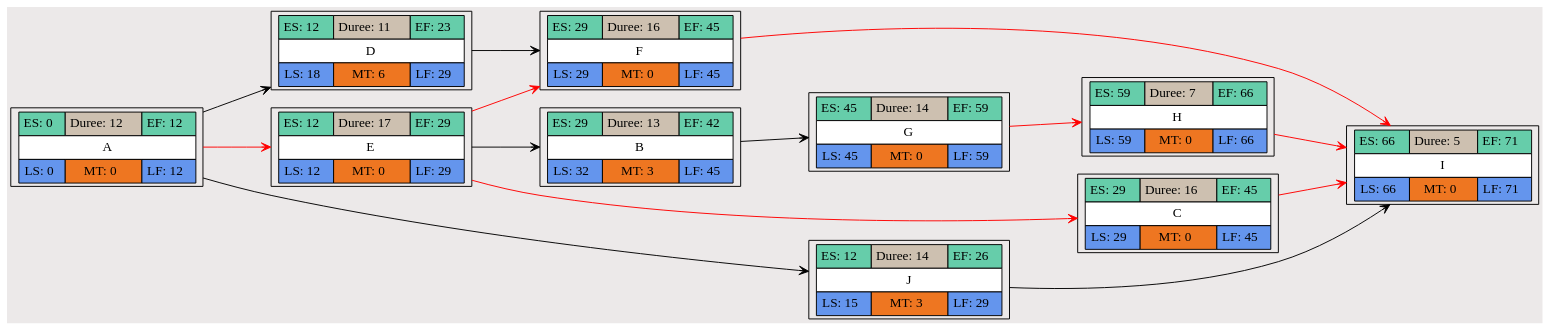
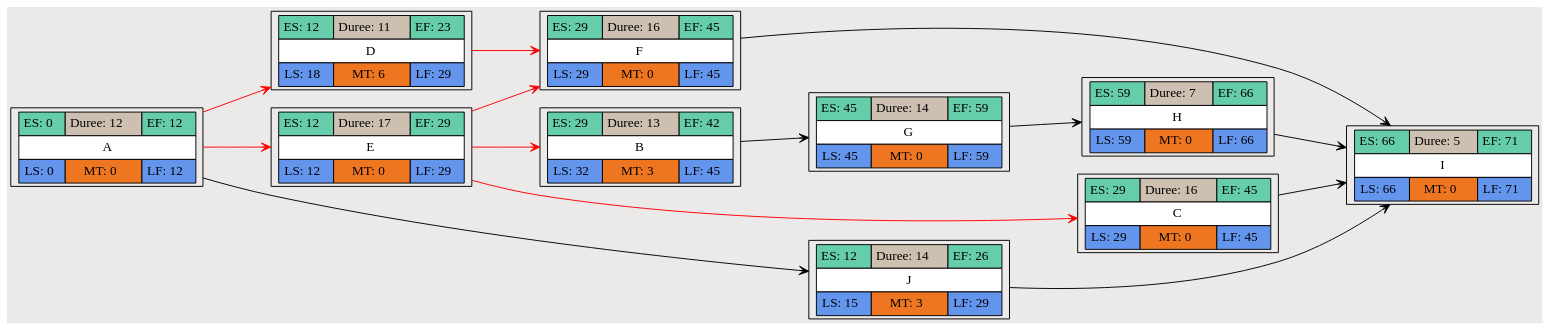
Before and after one commit to Akouzeha/PertFinder: the diagram in public/charts/test_diagram.dot, drawn with Graphviz. The commit also changed 20 other files, not shown here.

```diff
--- a/public/charts/test_diagram.dot
+++ b/public/charts/test_diagram.dot
@@ -1,80 +1,80 @@
 digraph PERT {
   rankdir=LR;
   ranksep=1;
   node [shape=record];
   edge [arrowhead=vee];
   bgcolor="#ECE9E9";
   64 [label=<<TABLE BORDER='0' CELLBORDER='1' CELLSPACING='0' CELLPADDING='4'>
         <TR><TD BGCOLOR= 'aquamarine3'>ES: 0</TD><TD BGCOLOR= 'antiquewhite3'>Duree: 12</TD><TD BGCOLOR= 'aquamarine3'>EF: 12</TD></TR>
         <TR><TD BGCOLOR= 'white' COLSPAN='3'>A</TD></TR>
         <TR><TD BGCOLOR= 'cornflowerblue'>LS: 0</TD><TD BGCOLOR= 'chocolate2'>MT: 0</TD><TD BGCOLOR= 'cornflowerblue'>LF: 12</TD></TR>
         
         </TABLE>>]
   65 [label=<<TABLE BORDER='0' CELLBORDER='1' CELLSPACING='0' CELLPADDING='4'>
         <TR><TD BGCOLOR= 'aquamarine3'>ES: 29</TD><TD BGCOLOR= 'antiquewhite3'>Duree: 13</TD><TD BGCOLOR= 'aquamarine3'>EF: 42</TD></TR>
         <TR><TD BGCOLOR= 'white' COLSPAN='3'>B</TD></TR>
         <TR><TD BGCOLOR= 'cornflowerblue'>LS: 32</TD><TD BGCOLOR= 'chocolate2'>MT: 3</TD><TD BGCOLOR= 'cornflowerblue'>LF: 45</TD></TR>
         
         </TABLE>>]
   66 [label=<<TABLE BORDER='0' CELLBORDER='1' CELLSPACING='0' CELLPADDING='4'>
         <TR><TD BGCOLOR= 'aquamarine3'>ES: 29</TD><TD BGCOLOR= 'antiquewhite3'>Duree: 16</TD><TD BGCOLOR= 'aquamarine3'>EF: 45</TD></TR>
         <TR><TD BGCOLOR= 'white' COLSPAN='3'>C</TD></TR>
         <TR><TD BGCOLOR= 'cornflowerblue'>LS: 29</TD><TD BGCOLOR= 'chocolate2'>MT: 0</TD><TD BGCOLOR= 'cornflowerblue'>LF: 45</TD></TR>
         
         </TABLE>>]
   67 [label=<<TABLE BORDER='0' CELLBORDER='1' CELLSPACING='0' CELLPADDING='4'>
         <TR><TD BGCOLOR= 'aquamarine3'>ES: 12</TD><TD BGCOLOR= 'antiquewhite3'>Duree: 11</TD><TD BGCOLOR= 'aquamarine3'>EF: 23</TD></TR>
         <TR><TD BGCOLOR= 'white' COLSPAN='3'>D</TD></TR>
         <TR><TD BGCOLOR= 'cornflowerblue'>LS: 18</TD><TD BGCOLOR= 'chocolate2'>MT: 6</TD><TD BGCOLOR= 'cornflowerblue'>LF: 29</TD></TR>
         
         </TABLE>>]
   68 [label=<<TABLE BORDER='0' CELLBORDER='1' CELLSPACING='0' CELLPADDING='4'>
         <TR><TD BGCOLOR= 'aquamarine3'>ES: 12</TD><TD BGCOLOR= 'antiquewhite3'>Duree: 17</TD><TD BGCOLOR= 'aquamarine3'>EF: 29</TD></TR>
         <TR><TD BGCOLOR= 'white' COLSPAN='3'>E</TD></TR>
         <TR><TD BGCOLOR= 'cornflowerblue'>LS: 12</TD><TD BGCOLOR= 'chocolate2'>MT: 0</TD><TD BGCOLOR= 'cornflowerblue'>LF: 29</TD></TR>
         
         </TABLE>>]
   69 [label=<<TABLE BORDER='0' CELLBORDER='1' CELLSPACING='0' CELLPADDING='4'>
         <TR><TD BGCOLOR= 'aquamarine3'>ES: 29</TD><TD BGCOLOR= 'antiquewhite3'>Duree: 16</TD><TD BGCOLOR= 'aquamarine3'>EF: 45</TD></TR>
         <TR><TD BGCOLOR= 'white' COLSPAN='3'>F</TD></TR>
         <TR><TD BGCOLOR= 'cornflowerblue'>LS: 29</TD><TD BGCOLOR= 'chocolate2'>MT: 0</TD><TD BGCOLOR= 'cornflowerblue'>LF: 45</TD></TR>
         
         </TABLE>>]
   70 [label=<<TABLE BORDER='0' CELLBORDER='1' CELLSPACING='0' CELLPADDING='4'>
         <TR><TD BGCOLOR= 'aquamarine3'>ES: 45</TD><TD BGCOLOR= 'antiquewhite3'>Duree: 14</TD><TD BGCOLOR= 'aquamarine3'>EF: 59</TD></TR>
         <TR><TD BGCOLOR= 'white' COLSPAN='3'>G</TD></TR>
         <TR><TD BGCOLOR= 'cornflowerblue'>LS: 45</TD><TD BGCOLOR= 'chocolate2'>MT: 0</TD><TD BGCOLOR= 'cornflowerblue'>LF: 59</TD></TR>
         
         </TABLE>>]
   71 [label=<<TABLE BORDER='0' CELLBORDER='1' CELLSPACING='0' CELLPADDING='4'>
         <TR><TD BGCOLOR= 'aquamarine3'>ES: 59</TD><TD BGCOLOR= 'antiquewhite3'>Duree: 7</TD><TD BGCOLOR= 'aquamarine3'>EF: 66</TD></TR>
         <TR><TD BGCOLOR= 'white' COLSPAN='3'>H</TD></TR>
         <TR><TD BGCOLOR= 'cornflowerblue'>LS: 59</TD><TD BGCOLOR= 'chocolate2'>MT: 0</TD><TD BGCOLOR= 'cornflowerblue'>LF: 66</TD></TR>
         
         </TABLE>>]
   72 [label=<<TABLE BORDER='0' CELLBORDER='1' CELLSPACING='0' CELLPADDING='4'>
         <TR><TD BGCOLOR= 'aquamarine3'>ES: 66</TD><TD BGCOLOR= 'antiquewhite3'>Duree: 5</TD><TD BGCOLOR= 'aquamarine3'>EF: 71</TD></TR>
         <TR><TD BGCOLOR= 'white' COLSPAN='3'>I</TD></TR>
         <TR><TD BGCOLOR= 'cornflowerblue'>LS: 66</TD><TD BGCOLOR= 'chocolate2'>MT: 0</TD><TD BGCOLOR= 'cornflowerblue'>LF: 71</TD></TR>
         
         </TABLE>>]
   73 [label=<<TABLE BORDER='0' CELLBORDER='1' CELLSPACING='0' CELLPADDING='4'>
         <TR><TD BGCOLOR= 'aquamarine3'>ES: 12</TD><TD BGCOLOR= 'antiquewhite3'>Duree: 14</TD><TD BGCOLOR= 'aquamarine3'>EF: 26</TD></TR>
         <TR><TD BGCOLOR= 'white' COLSPAN='3'>J</TD></TR>
         <TR><TD BGCOLOR= 'cornflowerblue'>LS: 15</TD><TD BGCOLOR= 'chocolate2'>MT: 3</TD><TD BGCOLOR= 'cornflowerblue'>LF: 29</TD></TR>
         
         </TABLE>>]
-  68 -> 65
+  68 -> 65 [color=red]
   68 -> 66 [color=red]
-  64 -> 67
+  64 -> 67 [color=red]
   64 -> 68 [color=red]
-  67 -> 69
+  67 -> 69 [color=red]
   68 -> 69 [color=red]
-  65 -> 70
-  70 -> 71 [color=red]
-  73 -> 72
-  66 -> 72 [color=red]
-  71 -> 72 [color=red]
-  69 -> 72 [color=red]
-  64 -> 73
+  65 -> 70 [color=black]
+  70 -> 71 [color=black]
+  73 -> 72 [color=black]
+  66 -> 72 [color=black]
+  71 -> 72 [color=black]
+  69 -> 72 [color=black]
+  64 -> 73 [color=black]
 }
```
